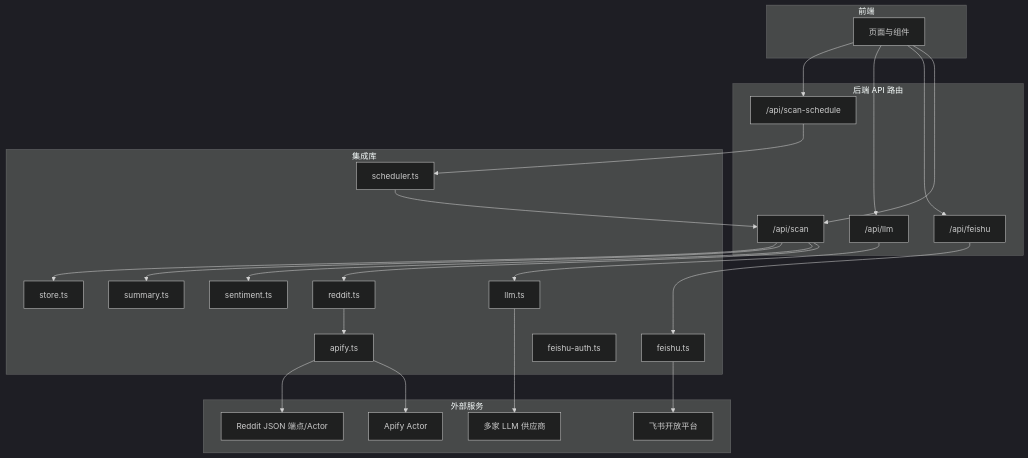
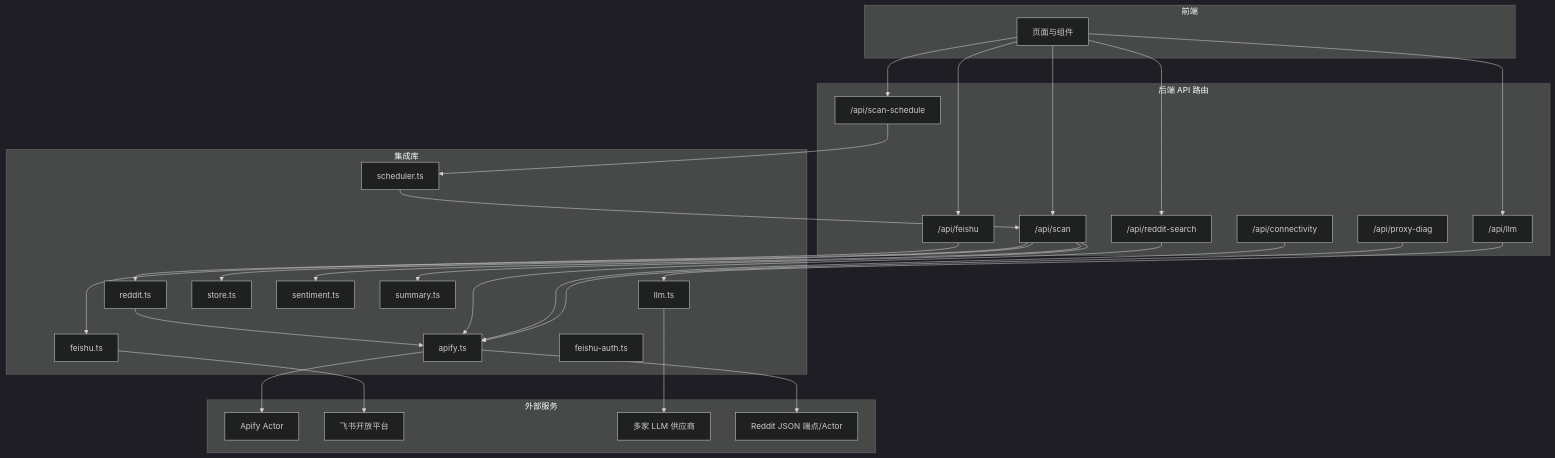
The first of 7 diagrams in .qoder/repowiki/zh/content/系统架构/集成模式.md (zezzezzez/reddit), drawn with Mermaid (dark theme) before and after one commit. The commit also changed other lines of this file and 21 other files, not shown here.

````diff
--- a/.qoder/repowiki/zh/content/系统架构/集成模式.md
+++ b/.qoder/repowiki/zh/content/系统架构/集成模式.md
@@ -40,46 +55,53 @@
 ```mermaid
 graph TB
 subgraph "前端"
 UI["页面与组件"]
 end
 subgraph "后端 API 路由"
 API_Scan["/api/scan"]
 API_Feishu["/api/feishu"]
 API_LLM["/api/llm"]
 API_Schedule["/api/scan-schedule"]
+API_RedisSearch["/api/reddit-search"]
+API_Connectivity["/api/connectivity"]
+API_ProxyDiag["/api/proxy-diag"]
 end
 subgraph "集成库"
 Lib_Reddit["reddit.ts"]
 Lib_Apify["apify.ts"]
 Lib_Feishu["feishu.ts"]
 Lib_FeishuAuth["feishu-auth.ts"]
 Lib_LLM["llm.ts"]
 Lib_Store["store.ts"]
 Lib_Sentiment["sentiment.ts"]
 Lib_Summary["summary.ts"]
 Lib_Scheduler["scheduler.ts"]
 end
 subgraph "外部服务"
 Ext_Apify["Apify Actor"]
 Ext_Feishu["飞书开放平台"]
 Ext_LLM["多家 LLM 供应商"]
 Ext_Reddit["Reddit JSON 端点/Actor"]
 end
 UI --> API_Scan
 UI --> API_Feishu
 UI --> API_LLM
 UI --> API_Schedule
+UI --> API_RedisSearch
 API_Scan --> Lib_Reddit
 API_Scan --> Lib_Sentiment
 API_Scan --> Lib_Summary
 API_Scan --> Lib_Store
 Lib_Reddit --> Lib_Apify
 Lib_Apify --> Ext_Apify
 Lib_Apify --> Ext_Reddit
 API_Feishu --> Lib_Feishu
 Lib_Feishu --> Ext_Feishu
 API_LLM --> Lib_LLM
 Lib_LLM --> Ext_LLM
 API_Schedule --> Lib_Scheduler
 Lib_Scheduler --> API_Scan
+API_RedisSearch --> Lib_Apify
+API_Connectivity --> Lib_Apify
+API_ProxyDiag --> Lib_Apify
 ```
````
